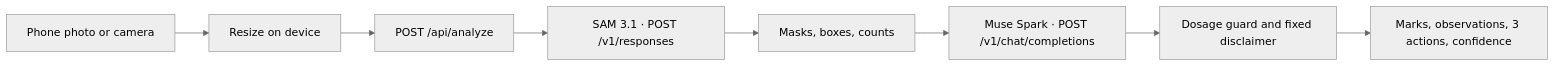
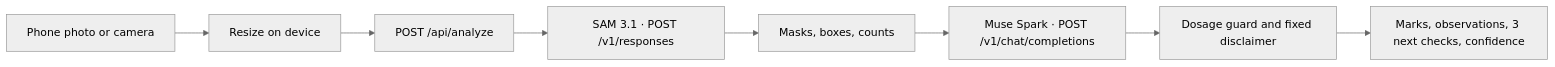
The diagram in docs/development.md (benweru/BedSense), drawn with Mermaid (neutral theme) before and after one commit. The commit also changed other lines of this file and 7 other files, not shown here.

First line of the commit message:
Position BedSense for any vegetable bed and explain three next checks (#3)

````diff
--- a/docs/development.md
+++ b/docs/development.md
@@ -42,10 +42,10 @@
 ```mermaid
 flowchart LR
   phone[Phone photo or camera] --> resize[Resize on device]
   resize --> api["POST /api/analyze"]
   api --> sam["SAM 3.1 · POST /v1/responses"]
   sam --> marks[Masks, boxes, counts]
   marks --> muse["Muse Spark · POST /v1/chat/completions"]
   muse --> guard[Dosage guard and fixed disclaimer]
-  guard --> ui[Marks, observations, 3 actions, confidence]
+  guard --> ui[Marks, observations, 3 next checks, confidence]
 ```
````
